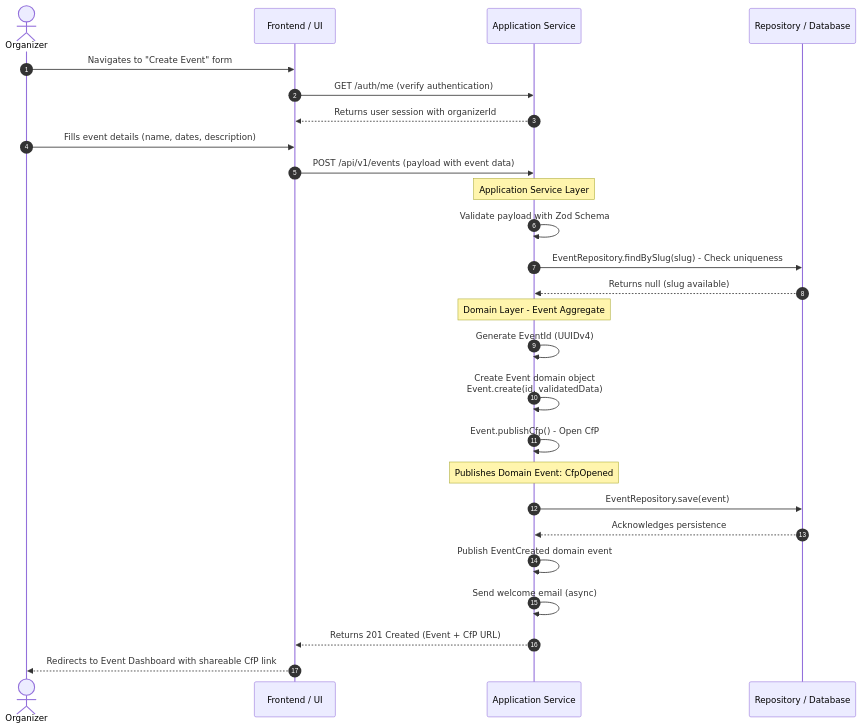
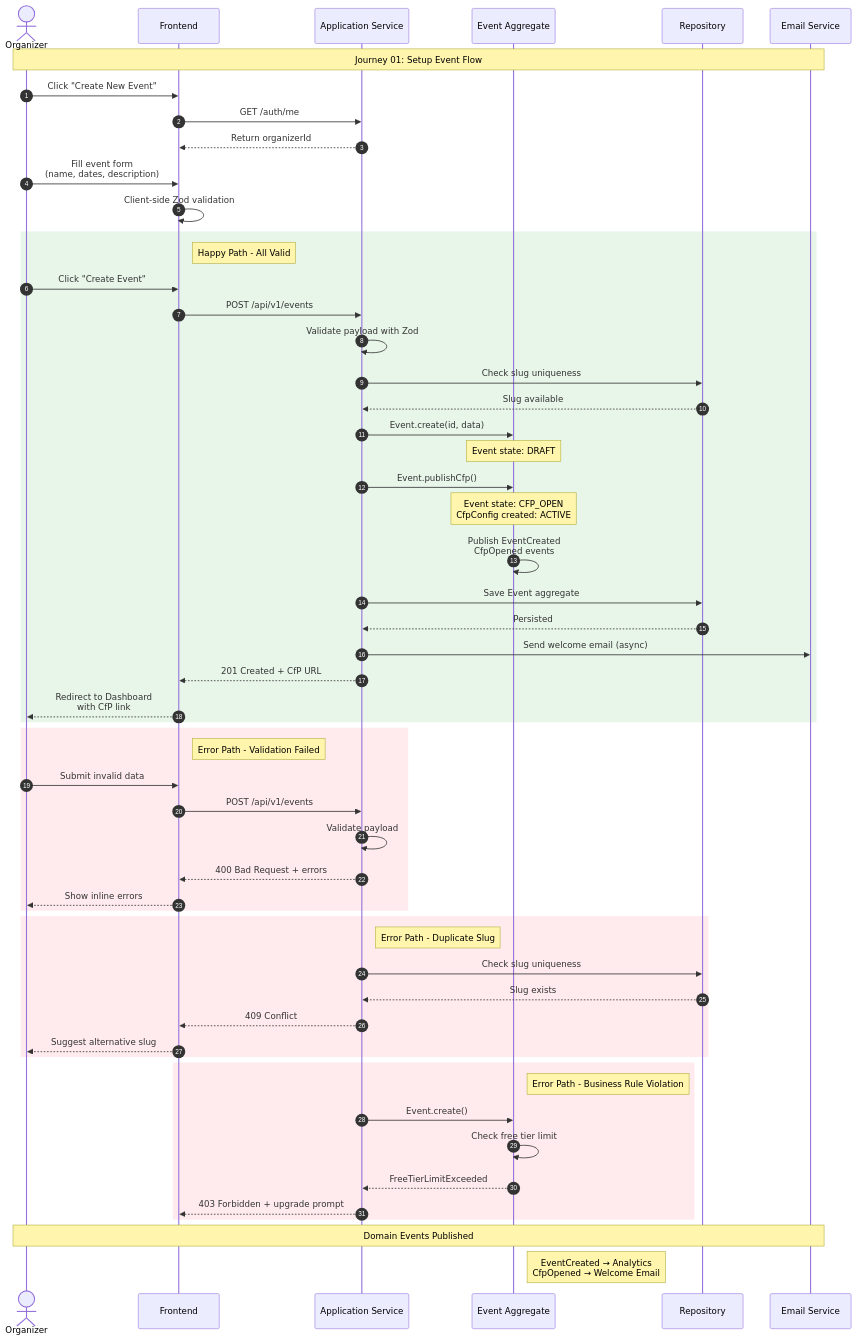
One commit to faparicior/SessioFlow changed the first of 3 diagrams in docs/product/bounded-contexts/event/flows/journey-01-setup-event.md. Above: the diagram before and after it, drawn with Mermaid. The commit also changed other lines of this file and 2 other files, not shown here.

Commit message:
feat: introduce centralized user flow documentation and update setup event journey with enhanced diagrams and error paths

````diff
--- a/docs/product/bounded-contexts/event/flows/journey-01-setup-event.md
+++ b/docs/product/bounded-contexts/event/flows/journey-01-setup-event.md
@@ -28,33 +28,69 @@
 ```mermaid
 sequenceDiagram
     autonumber
-    actor User as Organizer
-    participant UI as Frontend / UI
+    actor Organizer
+    participant UI as Frontend
     participant API as Application Service
-    participant DB as Repository / Database
+    participant Domain as Event Aggregate
+    participant DB as Repository
+    participant Email as Email Service
 
-    User->>UI: Navigates to "Create Event" form
-    UI->>API: GET /auth/me (verify authentication)
-    API-->>UI: Returns user session with organizerId
-    User->>UI: Fills event details (name, dates, description)
-    UI->>API: POST /api/v1/events (payload with event data)
+    Note over Organizer, Email: Journey 01: Setup Event Flow
+
+    Organizer->>UI: Click "Create New Event"
+    UI->>API: GET /auth/me
+    API-->>UI: Return organizerId
+
+    Organizer->>UI: Fill event form<br/>(name, dates, description)
+    UI->>UI: Client-side Zod validation
     
-    Note over API: Application Service Layer
-    API->>API: Validate payload with Zod Schema
-    API->>DB: EventRepository.findBySlug(slug) - Check uniqueness
-    DB-->>API: Returns null (slug available)
-    
-    Note over API: Domain Layer - Event Aggregate
-    API->>API: Generate EventId (UUIDv4)
-    API->>API: Create Event domain object<br/>Event.create(id, validatedData)
-    API->>API: Event.publishCfp() - Open CfP
-    Note over API: Publishes Domain Event: CfpOpened
-    
-    API->>DB: EventRepository.save(event)
-    DB-->>API: Acknowledges persistence
-    API->>API: Publish EventCreated domain event
-    API->>API: Send welcome email (async)
-    
-    API-->>UI: Returns 201 Created (Event + CfP URL)
-    UI-->>User: Redirects to Event Dashboard with shareable CfP link
+    rect rgb(232, 245, 233)
+        note right of UI: Happy Path - All Valid
+        Organizer->>UI: Click "Create Event"
+        UI->>API: POST /api/v1/events
+        API->>API: Validate payload with Zod
+        API->>DB: Check slug uniqueness
+        DB-->>API: Slug available
+        
+        API->>Domain: Event.create(id, data)
+        Note over Domain: Event state: DRAFT
+        API->>Domain: Event.publishCfp()
+        Note over Domain: Event state: CFP_OPEN<br/>CfpConfig created: ACTIVE
+        
+        Domain->>Domain: Publish EventCreated<br/>CfpOpened events
+        API->>DB: Save Event aggregate
+        DB-->>API: Persisted
+        
+        API->>Email: Send welcome email (async)
+        API-->>UI: 201 Created + CfP URL
+        UI-->>Organizer: Redirect to Dashboard<br/>with CfP link
+    end
+
+    rect rgb(255, 235, 238)
+        note right of UI: Error Path - Validation Failed
+        Organizer->>UI: Submit invalid data
+        UI->>API: POST /api/v1/events
+        API->>API: Validate payload
+        API-->>UI: 400 Bad Request + errors
+        UI-->>Organizer: Show inline errors
+    end
+
+    rect rgb(255, 235, 238)
+        note right of API: Error Path - Duplicate Slug
+        API->>DB: Check slug uniqueness
+        DB-->>API: Slug exists
+        API-->>UI: 409 Conflict
+        UI-->>Organizer: Suggest alternative slug
+    end
+
+    rect rgb(255, 235, 238)
+        note right of Domain: Error Path - Business Rule Violation
+        API->>Domain: Event.create()
+        Domain->>Domain: Check free tier limit
+        Domain-->>API: FreeTierLimitExceeded
+        API-->>UI: 403 Forbidden + upgrade prompt
+    end
+
+    Note over Organizer, Email: Domain Events Published
+    Note right of Domain: EventCreated → Analytics<br/>CfpOpened → Welcome Email
 ```
````
